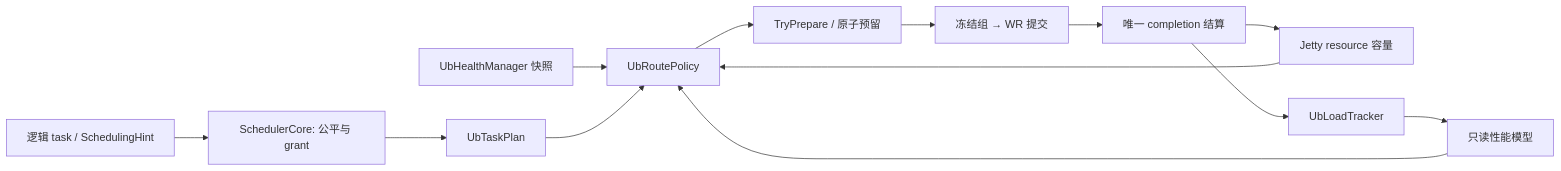
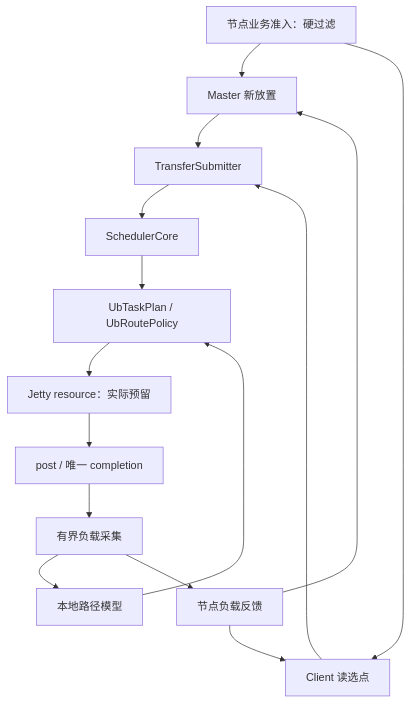
Before and after one commit to HangCong126/Supercache: the diagram in docs/analyze/ub_load_scheduling_design.md, drawn with Mermaid. The commit also changed other lines of this file, not shown here.

Commit message:
update ub_load_scheduling_design

````diff
--- a/docs/analyze/ub_load_scheduling_design.md
+++ b/docs/analyze/ub_load_scheduling_design.md
@@ -54,15 +47,17 @@
 ```mermaid
-flowchart LR
-    Logical["逻辑 task / SchedulingHint"] --> Core["SchedulerCore: 公平与 grant"]
-    Core --> Plan["UbTaskPlan"]
-    Health["UbHealthManager 快照"] --> Route["UbRoutePolicy"]
-    Model["只读性能模型"] --> Route
-    Capacity["Jetty resource 容量"] --> Route
-    Plan --> Route
-    Route --> Reserve["TryPrepare / 原子预留"]
-    Reserve --> Post["冻结组 → WR 提交"]
-    Post --> Complete["唯一 completion 结算"]
-    Complete --> Capacity
-    Complete --> Tracker["UbLoadTracker"]
-    Tracker --> Model
+flowchart TD
+    Health["节点业务准入：硬过滤"] --> Placement["Master 新放置"]
+    Health --> Reader["Client 读选点"]
+    Placement --> Submit["TransferSubmitter"]
+    Reader --> Submit
+    Submit --> Scheduler["SchedulerCore"]
+    Scheduler --> Route["UbTaskPlan / UbRoutePolicy"]
+    Route --> Resource["Jetty resource：实际预留"]
+    Resource --> Execute["post / 唯一 completion"]
+    Execute --> Tracker["有界负载采集"]
+    Tracker --> Path["本地路径模型"]
+    Tracker --> Reporter["节点负载反馈"]
+    Path --> Route
+    Reporter --> Placement
+    Reporter --> Reader
 ```
````
